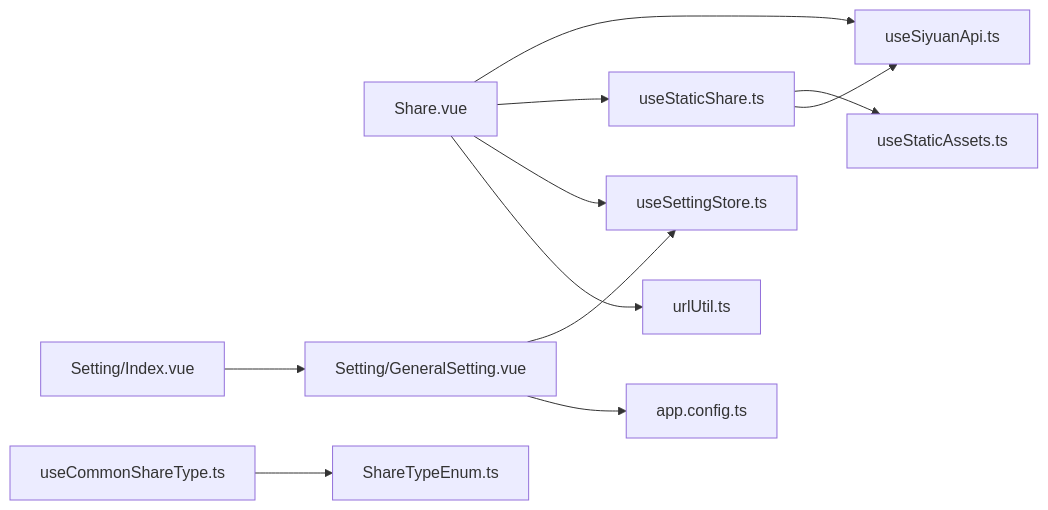
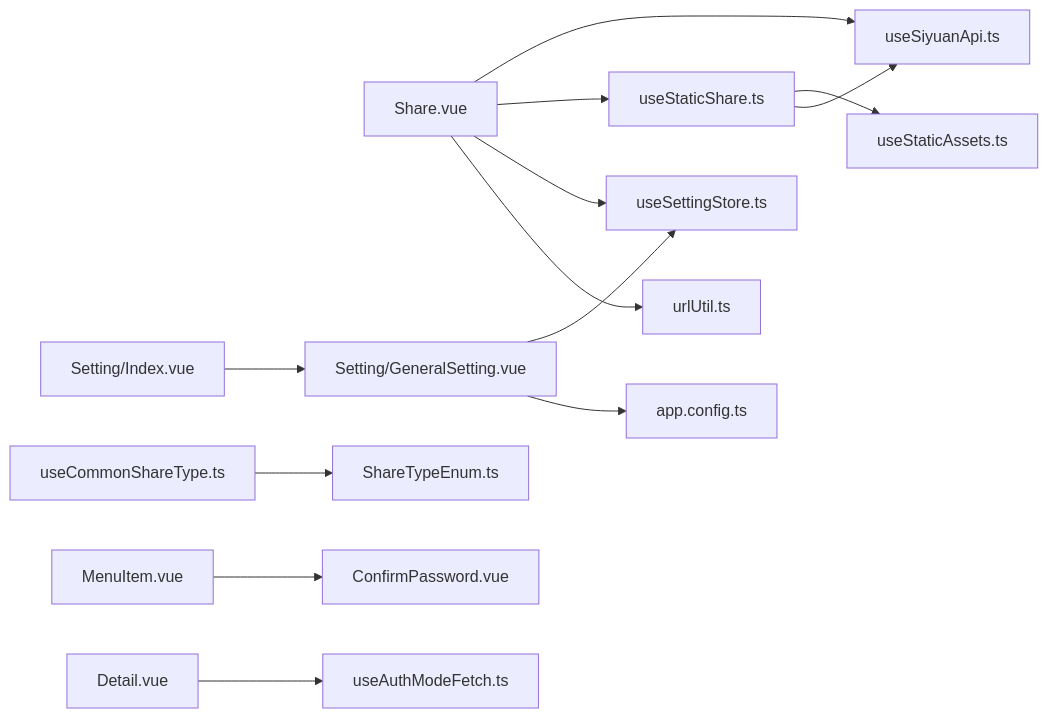
One commit to terwer/siyuan-plugin-blog changed the eighth of 8 diagrams in .qoder/repowiki/zh/content/核心功能/内容分享系统/内容分享系统.md. Above: the diagram before and after it, drawn with Mermaid. The commit also changed other lines of this file and 8 other files, not shown here.

````diff
--- a/.qoder/repowiki/zh/content/核心功能/内容分享系统/内容分享系统.md
+++ b/.qoder/repowiki/zh/content/核心功能/内容分享系统/内容分享系统.md
@@ -275,13 +376,15 @@
 ```mermaid
 graph LR
 ShareVue["Share.vue"] --> UseSiyuanApi["useSiyuanApi.ts"]
 ShareVue --> UseStaticShare["useStaticShare.ts"]
 ShareVue --> SettingStore["useSettingStore.ts"]
 ShareVue --> UrlUtil["urlUtil.ts"]
 UseStaticShare --> UseStaticAssets["useStaticAssets.ts"]
 UseStaticShare --> UseSiyuanApi
 SettingsIndex["Setting/Index.vue"] --> GeneralSetting["Setting/GeneralSetting.vue"]
 GeneralSetting --> SettingStore
 GeneralSetting --> AppCfg["app.config.ts"]
 UseCommonShareType["useCommonShareType.ts"] --> ShareTypeEnum["ShareTypeEnum.ts"]
+MenuItem["MenuItem.vue"] --> ConfirmPassword["ConfirmPassword.vue"]
+Detail["Detail.vue"] --> UseAuthModeFetch["useAuthModeFetch.ts"]
 ```
````
